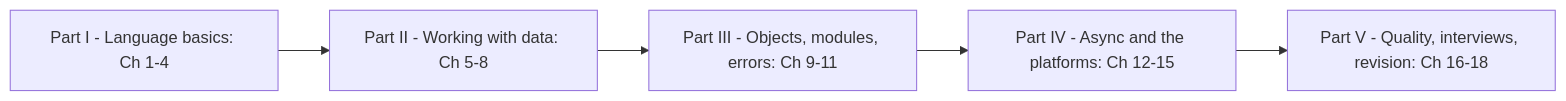
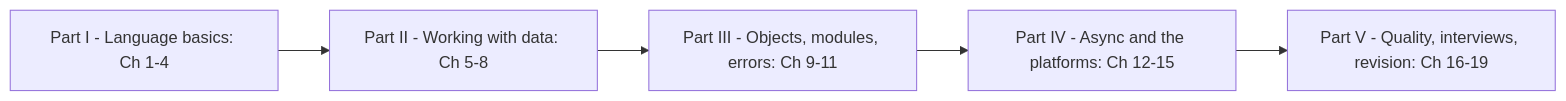
One commit to vsns11/interview_notes changed the diagram in javascript/README.md. Above: the diagram before and after it, drawn with Mermaid. The commit also changed other lines of this file and 3 other files, not shown here.

````diff
--- a/javascript/README.md
+++ b/javascript/README.md
@@ -46,7 +47,7 @@
 ```mermaid
 flowchart LR
     A["Part I - Language basics: Ch 1-4"] --> B["Part II - Working with data: Ch 5-8"]
     B --> C["Part III - Objects, modules, errors: Ch 9-11"]
     C --> D["Part IV - Async and the platforms: Ch 12-15"]
-    D --> E["Part V - Quality, interviews, revision: Ch 16-18"]
+    D --> E["Part V - Quality, interviews, revision: Ch 16-19"]
 ```
````
